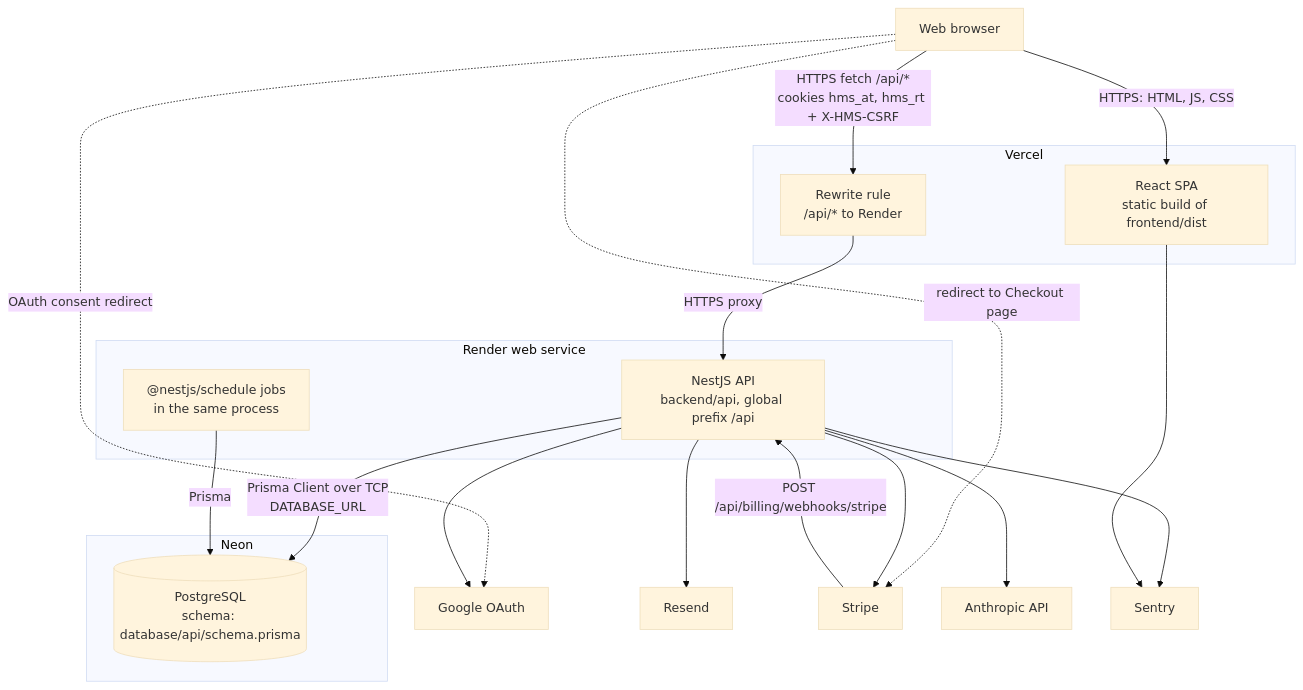
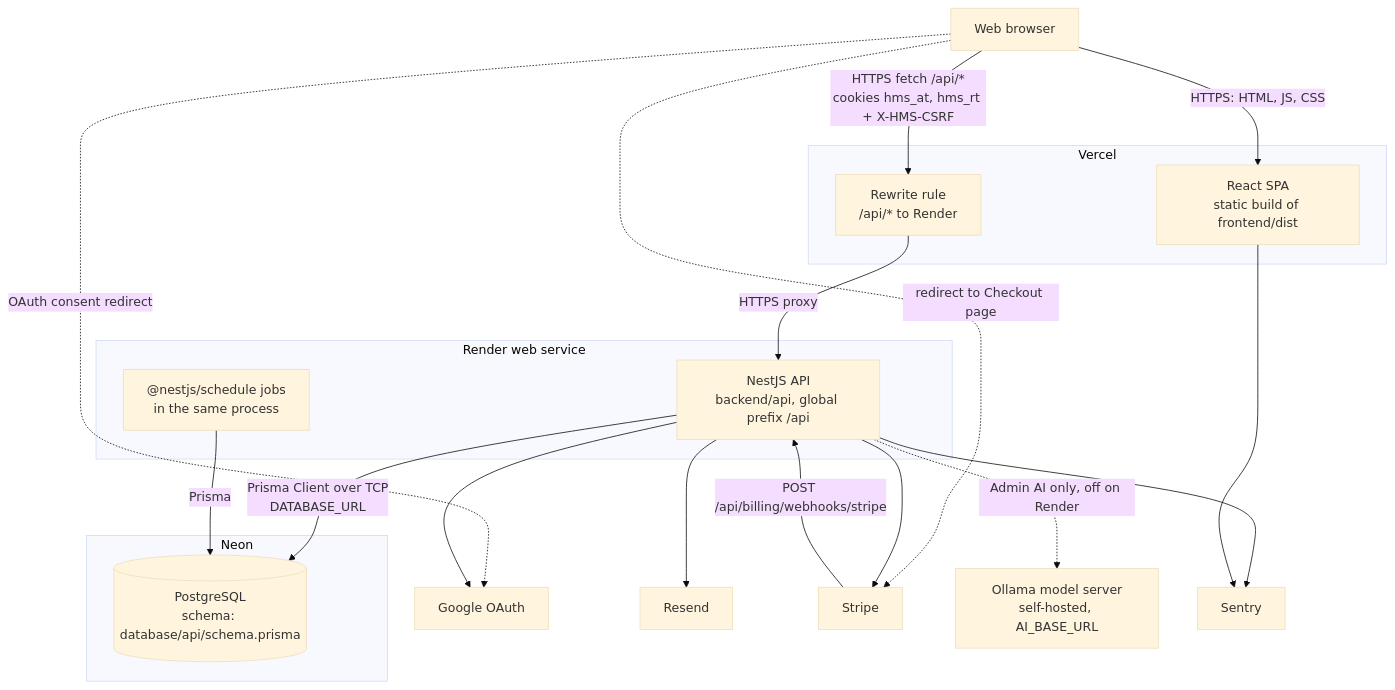
Before and after one commit to muhammadhamd56-cloud/hospital-management-system: the second of 8 diagrams in ARCHITECTURE.md, drawn with Mermaid (base theme). The commit also changed other lines of this file and 13 other files, not shown here.

First line of the commit message:
docs: document the Ollama-based Admin AI and correct stale architecture gaps

````diff
--- a/ARCHITECTURE.md
+++ b/ARCHITECTURE.md
@@ -139,40 +139,40 @@
 ```mermaid
 flowchart TB
     Browser["Web browser"]
 
     subgraph Vercel["Vercel"]
         SPA["React SPA<br/>static build of frontend/dist"]
         Rewrite["Rewrite rule<br/>/api/* to Render"]
     end
 
     subgraph Render["Render web service"]
         API["NestJS API<br/>backend/api, global prefix /api"]
         Cron["@nestjs/schedule jobs<br/>in the same process"]
     end
 
     subgraph Neon["Neon"]
         DB[("PostgreSQL<br/>schema: database/api/schema.prisma")]
     end
 
     Google["Google OAuth"]
     Resend["Resend"]
     Stripe["Stripe"]
-    Anthropic["Anthropic API"]
+    Ollama["Ollama model server<br/>self-hosted, AI_BASE_URL"]
     Sentry["Sentry"]
 
     Browser -->|"HTTPS: HTML, JS, CSS"| SPA
     Browser -->|"HTTPS fetch /api/*<br/>cookies hms_at, hms_rt + X-HMS-CSRF"| Rewrite
     Rewrite -->|"HTTPS proxy"| API
     Browser -.->|"redirect to Checkout page"| Stripe
     Browser -.->|"OAuth consent redirect"| Google
 
     API -->|"Prisma Client over TCP<br/>DATABASE_URL"| DB
     Cron -->|"Prisma"| DB
     API --> Google
     API --> Resend
     API --> Stripe
     Stripe -->|"POST /api/billing/webhooks/stripe"| API
-    API --> Anthropic
+    API -.->|"Admin AI only, off on Render"| Ollama
     API --> Sentry
     SPA --> Sentry
 ```
````
